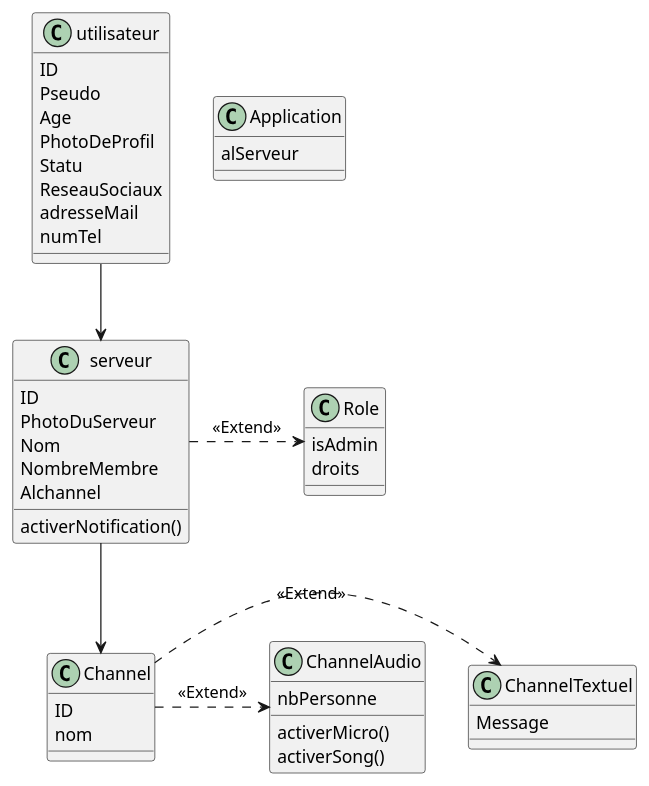
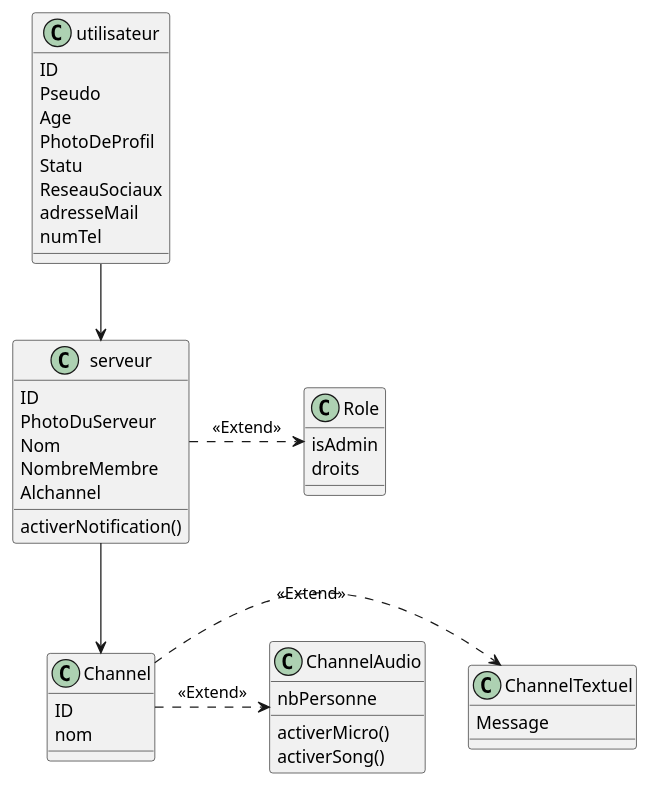
One commit to IUT-Blagnac/bcoo-retro2021-bcoo-retro2021-g16 changed the diagram in discord.plantuml. Above: the diagram before and after it, drawn with PlantUML.

```diff
--- a/discord.plantuml
+++ b/discord.plantuml
@@ -1,53 +1,49 @@
 @startuml
 
 class utilisateur {
   ID
   Pseudo 
   Age 
   PhotoDeProfil
   Statu
   ReseauSociaux
   adresseMail
   numTel
 }
 
 class serveur {
   ID
   PhotoDuServeur
   Nom
   NombreMembre
   Alchannel 
   activerNotification()
 }
 
 class Role {
   isAdmin
   droits
 }
 
 class Channel {
   ID
   nom
 }
 
 class ChannelAudio{
   nbPersonne
   activerMicro()
   activerSong()
 }
 
 class ChannelTextuel{
   Message
 }
 
-class Application {
- alServeur
-}
-
 utilisateur --> serveur
 serveur .> Role : <<Extend>>
 serveur --> Channel
 Channel .> ChannelTextuel : <<Extend>>
 Channel .> ChannelAudio : <<Extend>>
 
 @enduml
```
